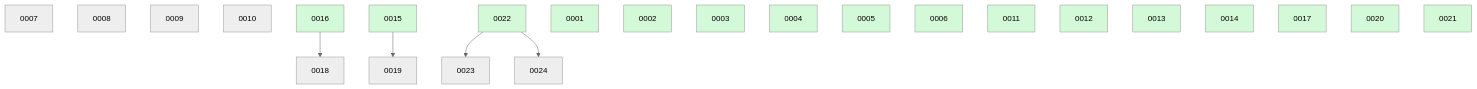
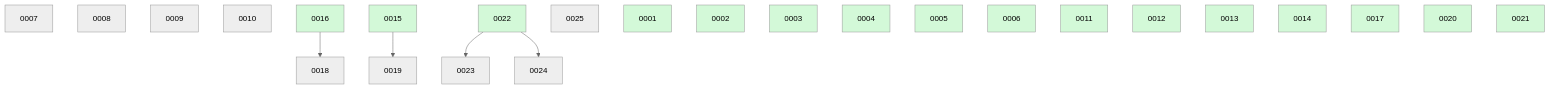
One commit to danielhanold/docket changed the diagram in docs/changes/BOARD.md. Above: the diagram before and after it, drawn with Mermaid (neutral theme). The commit also changed other lines of this file, not shown here.

````diff
--- a/docs/changes/BOARD.md
+++ b/docs/changes/BOARD.md
@@ -18,28 +19,29 @@
 ```mermaid
 graph TD
   0007
   0008
   0009
   0010
   0016 --> 0018
   0015 --> 0019
   0022 --> 0023
   0022 --> 0024
+  0025
   0001:::done
   0002:::done
   0003:::done
   0004:::done
   0005:::done
   0006:::done
   0011:::done
   0012:::done
   0013:::done
   0014:::done
   0015:::done
   0016:::done
   0017:::done
   0020:::done
   0021:::done
   0022:::done
   classDef done fill:#d3f9d8;
 ```
````
